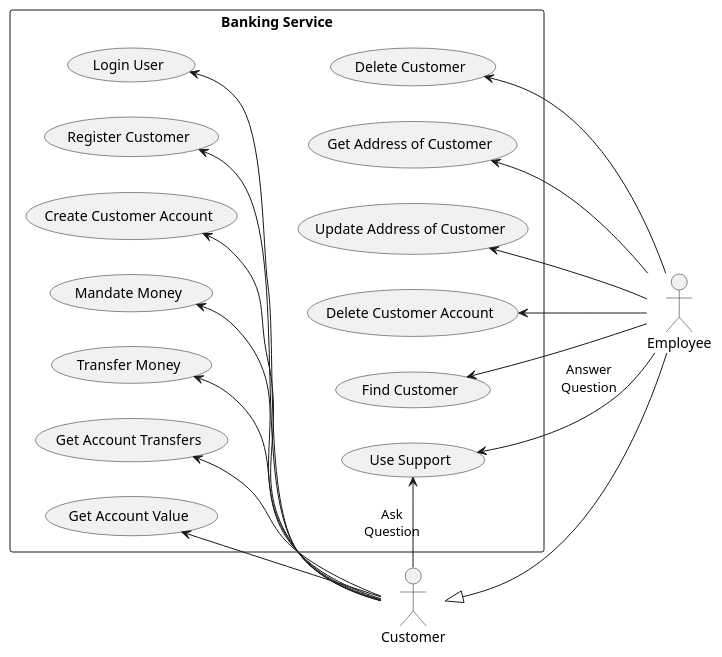
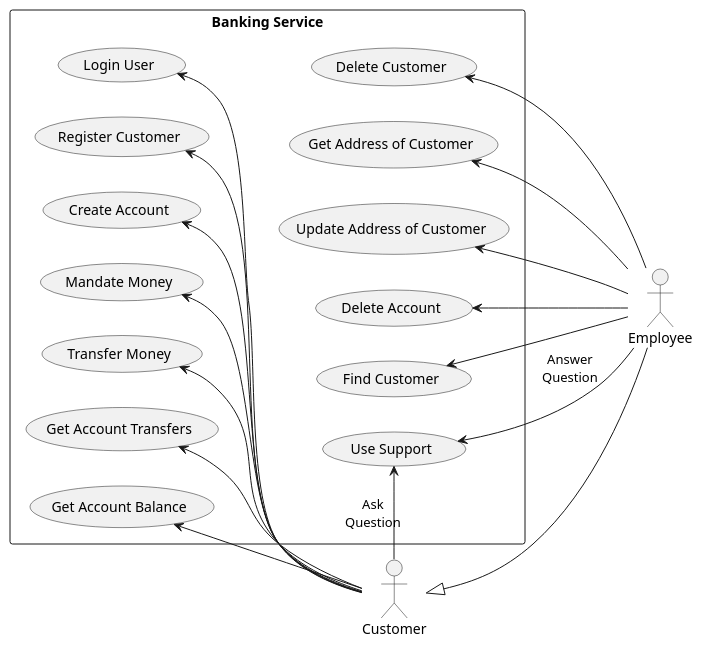
The diagram in documentation/diagrams/DiagramUseCase_BankingService.puml (SteffBauer/sw_project), drawn with PlantUML before and after one commit. The commit also changed 3 other files, not shown here.

Commit message:
refactored diagrams

```diff
--- a/documentation/diagrams/DiagramUseCase_BankingService.puml
+++ b/documentation/diagrams/DiagramUseCase_BankingService.puml
@@ -1,66 +1,66 @@
 @startuml
 
 left to right direction
 skinparam monochrome true
 
 actor "Customer" as c
 actor "Employee" as e
 
 c <|-- e
 
 rectangle "Banking Service" as Banking {
 
-  usecase "Create Customer Account" as uc11
+  usecase "Create Account" as uc11
   usecase "Find Customer" as uc12
   usecase "Delete Customer" as uc13
   usecase "Get Address of Customer" as uc14
   usecase "Update Address of Customer" as uc15
   usecase "Mandate Money" as uc16
-  usecase "Delete Customer Account" as uc17
+  usecase "Delete Account" as uc17
 
   usecase "Login User" as uc21
 
   usecase "Use Support" as uc31
 
   usecase "Transfer Money" as uc41
   usecase "Get Account Transfers" as uc42
-  usecase "Get Account Value" as uc43
+  usecase "Get Account Balance" as uc43
   usecase "Register Customer" as uc44
 }
 
 ' Customer Service
 uc11 <-- c
 uc16 <-- c
 
 e --> uc12
 e --> uc13
 e --> uc14
 e --> uc15
 e --> uc17
 
 
 ' Session Service
 uc21 <-- c
 
 
 ' Support Service
 'uc31 --> chat
 uc31 <-- c : Ask\nQuestion
 e --> uc31 : Answer\nQuestion
 
 
 ' Banking Service
 uc41 <-- c
 uc42 <-- c
 uc43 <-- c
 uc44 <-- c
 
 ' Layout
 uc21 -[hidden]-> uc12
 uc21 -[hidden]-> uc13
 uc21 -[hidden]-> uc14
 uc21 -[hidden]-> uc15
 uc21 -[hidden]-> uc17
 uc44 -[hidden]-> uc31
 
 @enduml
```
